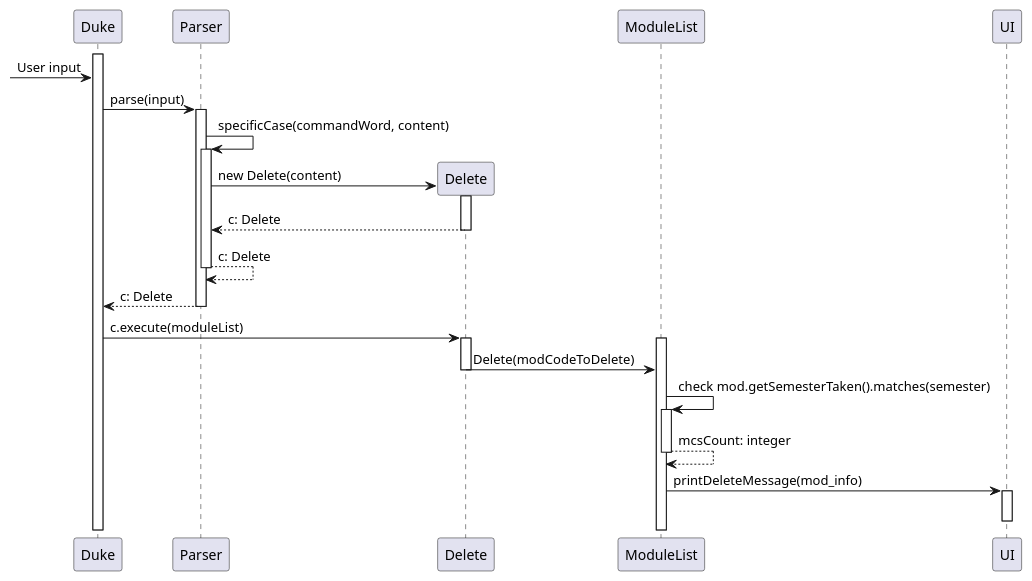
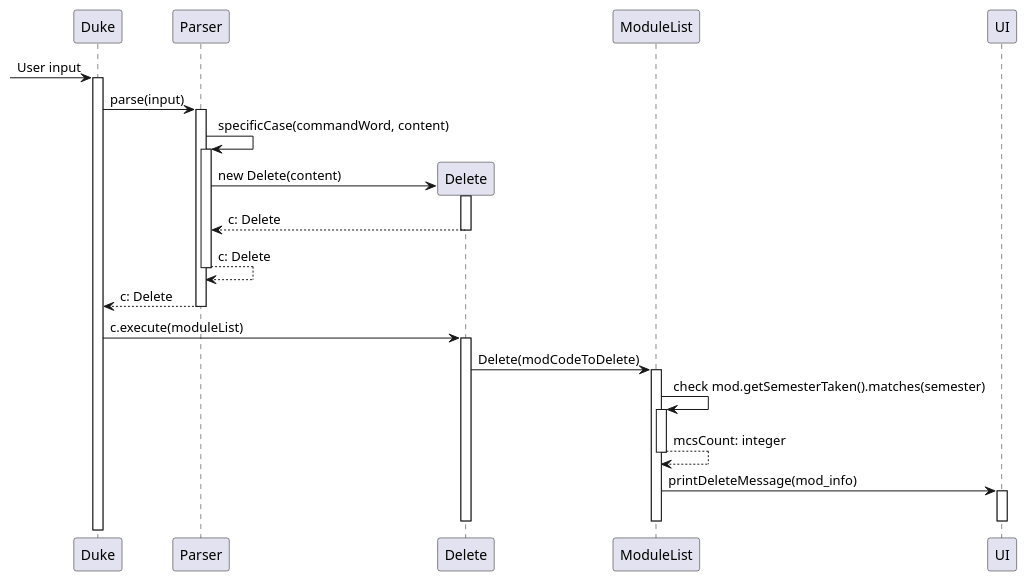
The diagram in docs/diagrams/DeleteUML.puml (nus-cs2113-AY2223S1/tp), drawn with PlantUML before and after one commit. The commit also changed 21 other files, not shown here.

Commit message:
Updates to all sequence diagrams of DG

```diff
--- a/docs/diagrams/DeleteUML.puml
+++ b/docs/diagrams/DeleteUML.puml
@@ -4,27 +4,28 @@
 @startuml
+[-> Duke: User input
 activate Duke
-[-> Duke: User input
 Duke -> Parser: parse(input)
 activate Parser
 Parser -> Parser: specificCase(commandWord, content)
 activate Parser
 create Delete
 Parser -> Delete: new Delete(content)
 activate Delete
 return c: Delete
 return c: Delete
 return c: Delete
 deactivate Parser
 Duke -> Delete: c.execute(moduleList)
 activate Delete
+Delete -> ModuleList: Delete(modCodeToDelete)
 activate ModuleList
-Delete -> ModuleList: Delete(modCodeToDelete)
-deactivate Delete
 ModuleList -> ModuleList: check mod.getSemesterTaken().matches(semester)
 activate ModuleList
 return mcsCount: integer
 ModuleList -> UI: printDeleteMessage(mod_info)
 activate UI
 deactivate UI
+deactivate ModuleList
+deactivate Delete
 
 @enduml
```
